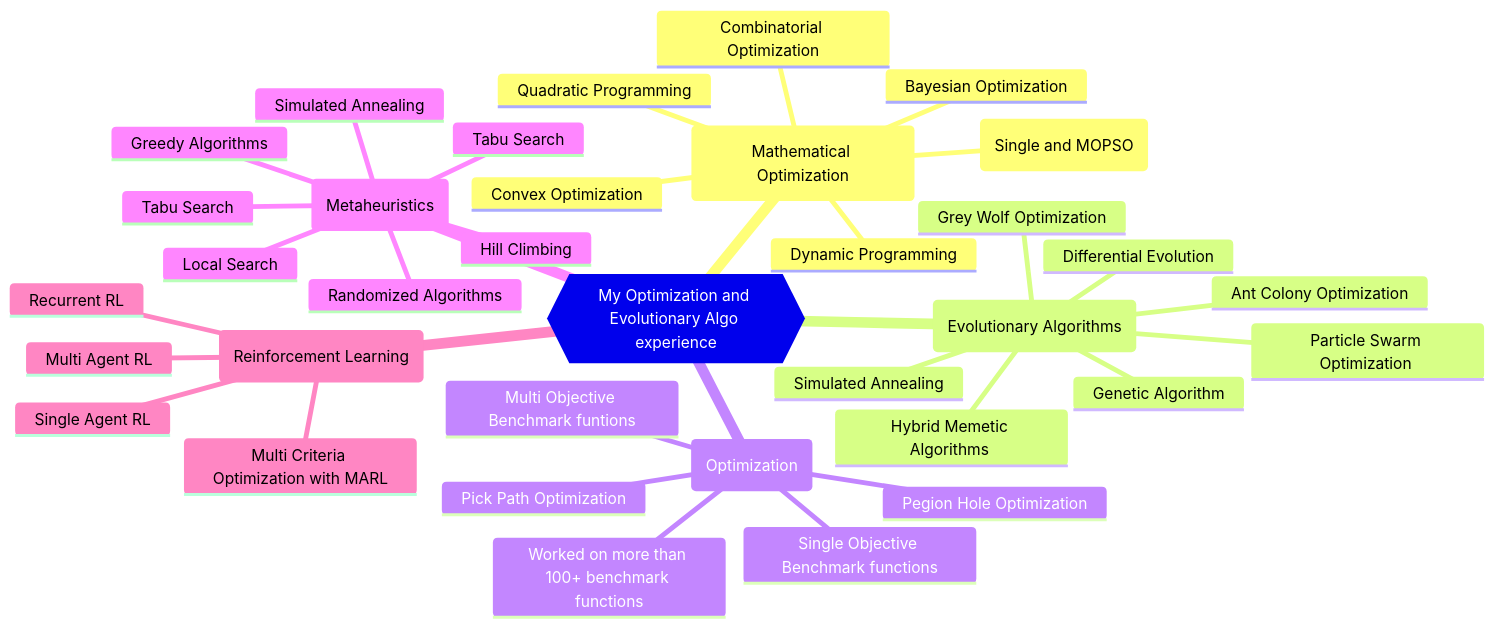
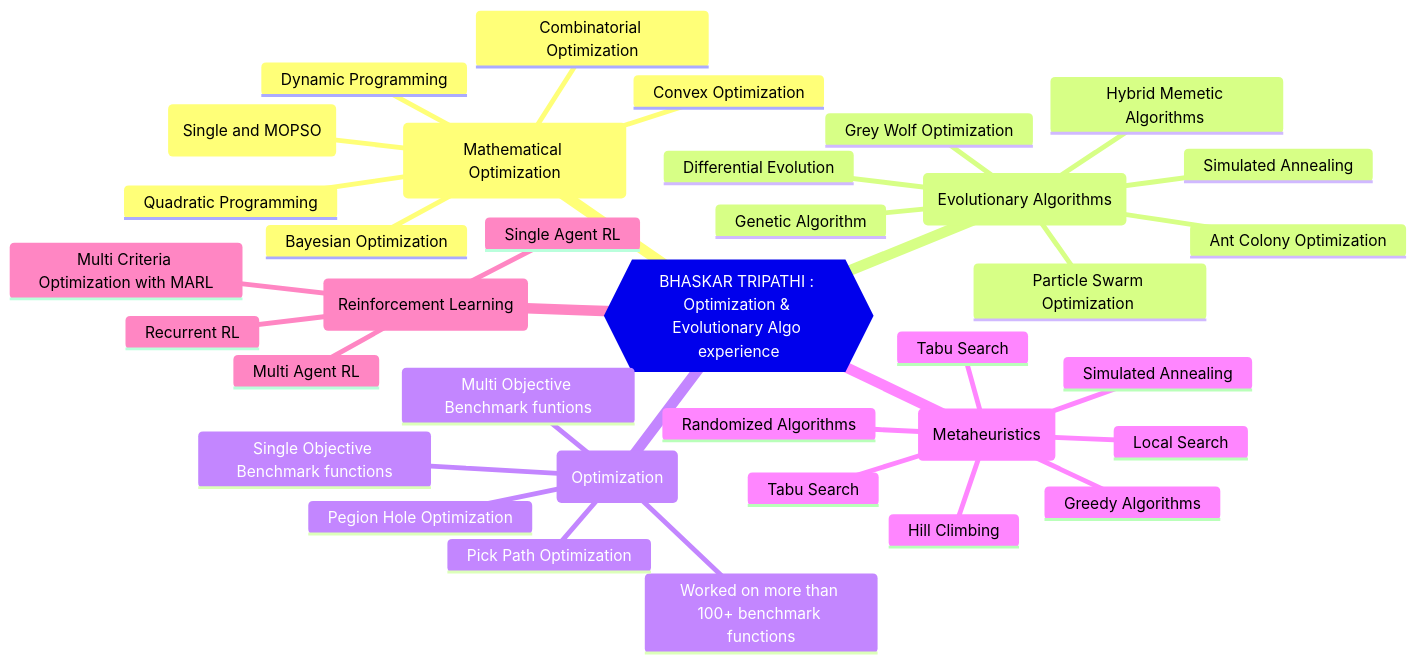
Before and after one commit to bhaskatripathi/bhaskatripathi: the third of 3 diagrams in README.md, drawn with Mermaid. The commit also changed other lines of this file, not shown here.

````diff
--- a/README.md
+++ b/README.md
@@ -123,39 +123,39 @@
 ``` mermaid
 mindmap
-root{{My Optimization and Evolutionary Algo experience}}
+root{{BHASKAR TRIPATHI : Optimization & Evolutionary Algo experience}}
   (Mathematical Optimization)
     Dynamic Programming
     Quadratic Programming
     Convex Optimization
     Combinatorial Optimization
     Bayesian Optimization
     Tree Parzen Optimization (Single and MOPSO)
   (Evolutionary Algorithms)
     Genetic Algorithm
     Particle Swarm Optimization 
     Ant Colony Optimization 
     Differential Evolution 
     Simulated Annealing
     Grey Wolf Optimization 
     Hybrid Memetic Algorithms 
   (Optimization)
     Single Objective Benchmark functions
     Multi Objective Benchmark funtions
     Worked on more than 100+ benchmark functions
     Pick Path Optimization
     Pegion Hole Optimization
   (Metaheuristics)
     Tabu Search
     Greedy Algorithms
     Hill Climbing
     Local Search
     Randomized Algorithms
     Simulated Annealing
     Tabu Search
   (Reinforcement Learning)
    Single Agent RL 
    Multi Agent RL 
    Multi Criteria Optimization with MARL
    Recurrent RL
 
 ```
````
